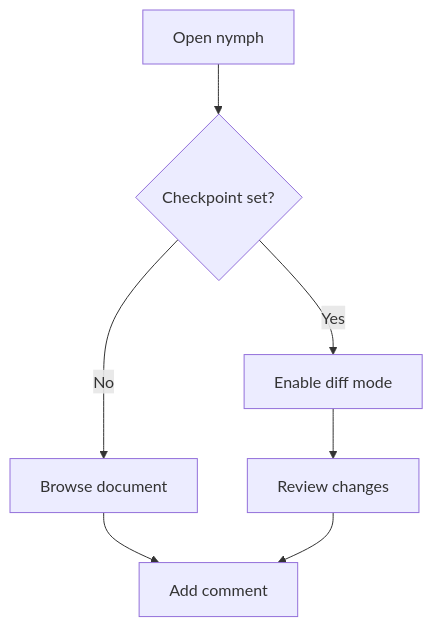
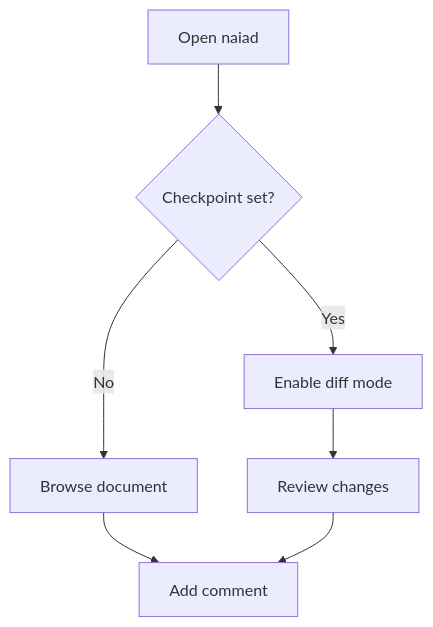
Before and after one commit to fillu87gyc/nymph: the diagram in tests/fixtures/fullspec.md, drawn with Mermaid. The commit also changed 41 other files, not shown here.

First line of the commit message:
rename: nymph → naiad 全面置換 + npm 公開準備

````diff
--- a/tests/fixtures/fullspec.md
+++ b/tests/fixtures/fullspec.md
@@ -42,9 +42,9 @@
 ```mermaid
 graph TD
-  A[Open nymph] --> B{Checkpoint set?}
+  A[Open naiad] --> B{Checkpoint set?}
   B -->|Yes| C[Enable diff mode]
   B -->|No| D[Browse document]
   C --> E[Review changes]
   D --> F[Add comment]
   E --> F
 ```
````
